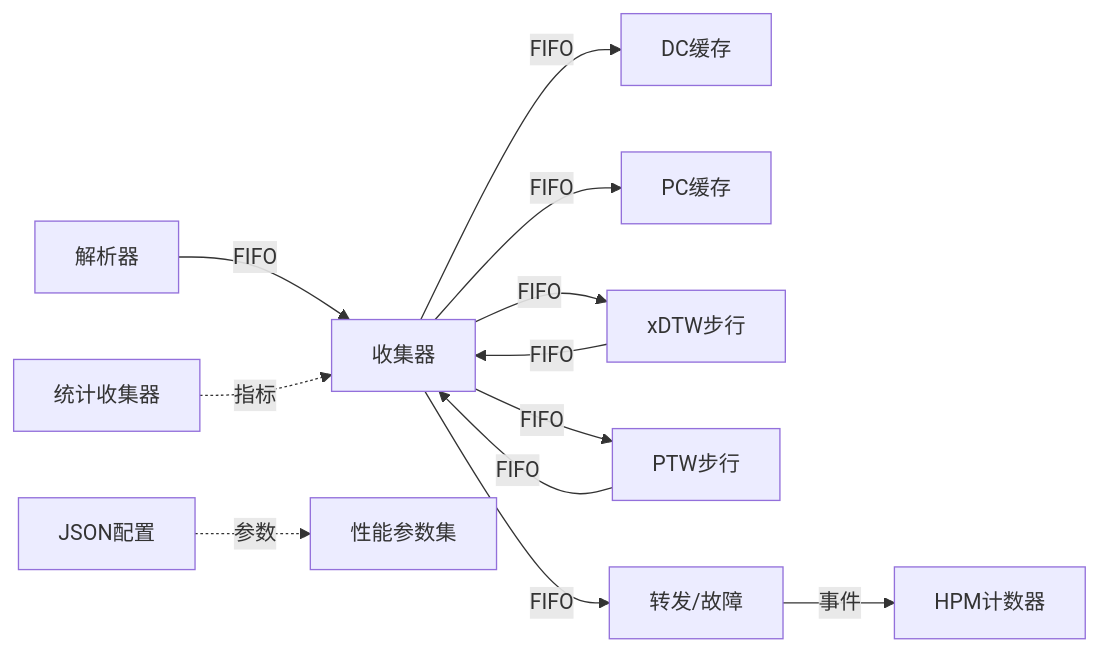
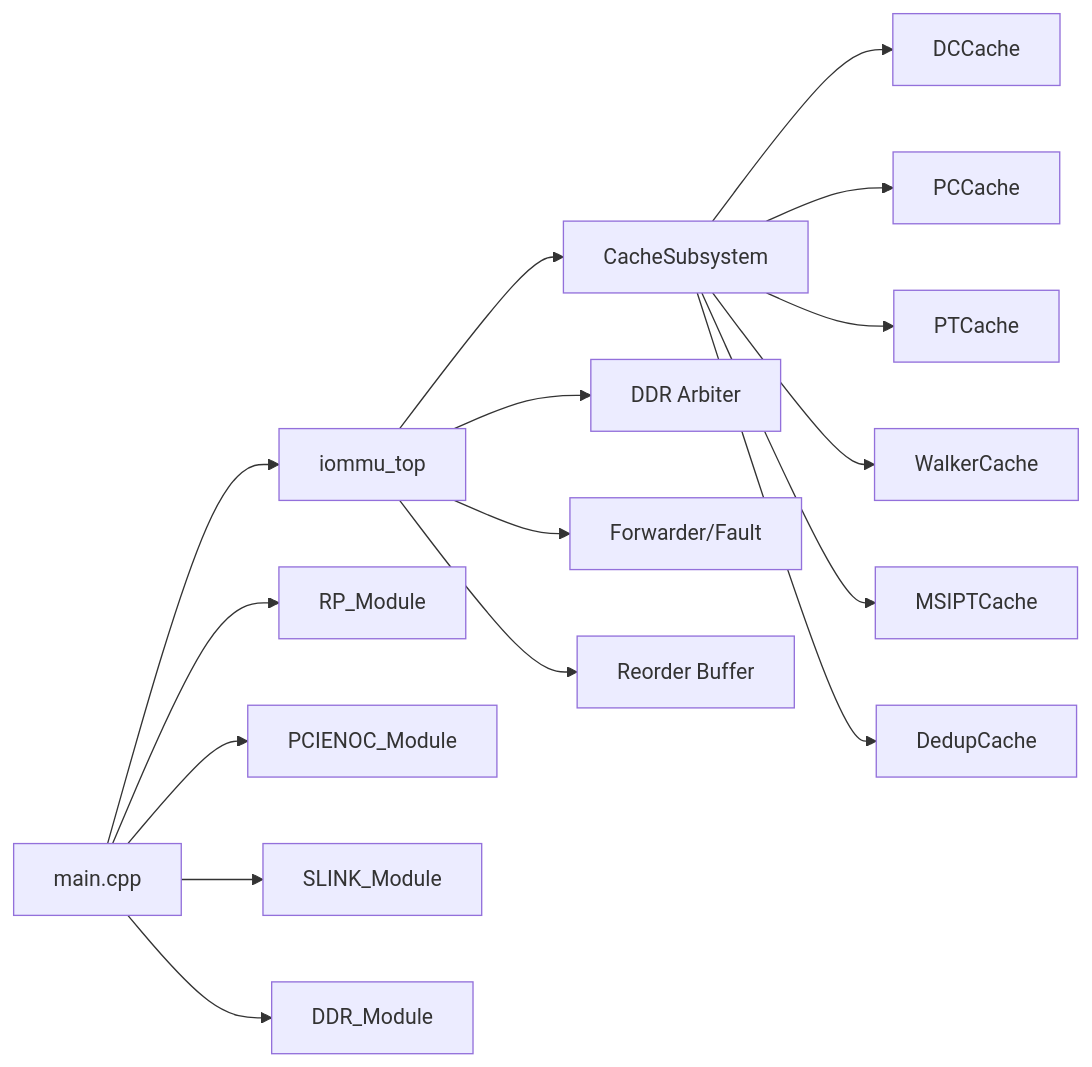
Before and after one commit to jiangjiang1122/iommu_model_20260401_v1: the sixth of 6 diagrams in .qoder/repowiki/zh/content/性能模型/性能分析工具.md, drawn with Mermaid. The commit also changed other lines of this file and 55 other files, not shown here.

````diff
--- a/.qoder/repowiki/zh/content/性能模型/性能分析工具.md
+++ b/.qoder/repowiki/zh/content/性能模型/性能分析工具.md
@@ -373,14 +293,18 @@
 ```mermaid
 graph LR
-PARSER["解析器"] --> |FIFO| COL["收集器"]
-COL --> |FIFO| DC["DC缓存"]
-COL --> |FIFO| PC["PC缓存"]
-COL --> |FIFO| XDTW["xDTW步行"]
-XDTW --> |FIFO| COL
-COL --> |FIFO| PTW["PTW步行"]
-PTW --> |FIFO| COL
-COL --> |FIFO| FWD["转发/故障"]
-FWD --> |事件| HPM["HPM计数器"]
-STATS["统计收集器"] -.->|指标| COL
-JSONCFG["JSON配置"] -.->|参数| PARAMS["性能参数集"]
+Main["main.cpp"] --> Top["iommu_top"]
+Top --> CS["CacheSubsystem"]
+CS --> DC["DCCache"]
+CS --> PC["PCCache"]
+CS --> PT["PTCache"]
+CS --> WC["WalkerCache"]
+CS --> MSI["MSIPTCache"]
+CS --> DDUP["DedupCache"]
+Top --> DDR["DDR Arbiter"]
+Top --> OUT["Forwarder/Fault"]
+Top --> REO["Reorder Buffer"]
+Main --> RP["RP_Module"]
+Main --> NOC["PCIENOC_Module"]
+Main --> SLK["SLINK_Module"]
+Main --> MEM["DDR_Module"]
 ```
````
